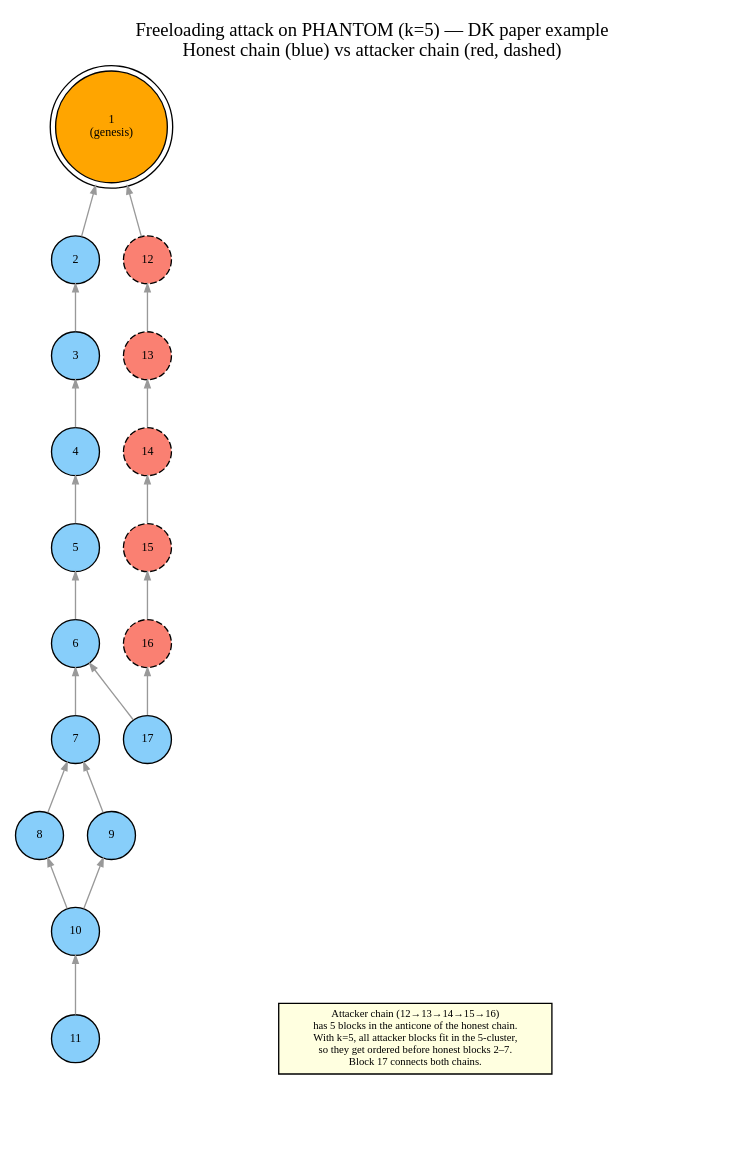
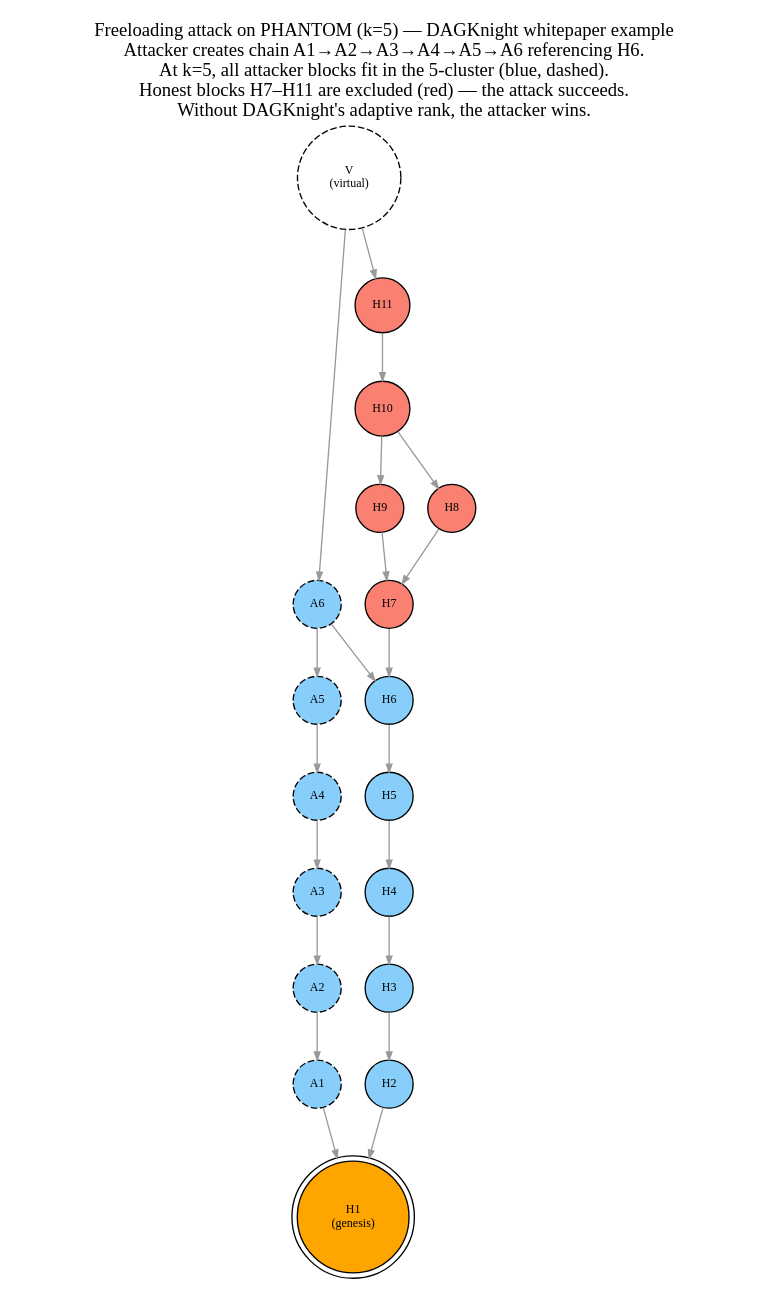
The diagram in dot/02-freeloading.dot (coderofstuff/dk-wiki), drawn with Graphviz before and after one commit. The commit also changed 4 other files, not shown here.

```diff
--- a/dot/02-freeloading.dot
+++ b/dot/02-freeloading.dot
@@ -1,58 +1,59 @@
 digraph freeloading_attack {
-    rankdir=BT;
+    rankdir=TB;
     node [shape=circle, style=filled, fontsize=9];
     edge [arrowsize=0.6, color=gray60];
 
-    label="Freeloading attack on PHANTOM (k=5) — DK paper example\nHonest chain (blue) vs attacker chain (red, dashed)";
+    label="Freeloading attack on PHANTOM (k=5) — DAGKnight whitepaper example\nAttacker creates chain A1→A2→A3→A4→A5→A6 referencing H6.\nAt k=5, all attacker blocks fit in the 5-cluster (blue, dashed).\nHonest blocks H7–H11 are excluded (red) — the attack succeeds.\nWithout DAGKnight's adaptive rank, the attacker wins.";
     labelloc=t;
 
-    GEN [label="1\n(genesis)", fillcolor=orange, shape=doublecircle];
+    GEN [label="H1\n(genesis)", fillcolor=orange, shape=doublecircle];
 
-    // Honest chain
-    H2 [label="2", fillcolor=lightskyblue];
-    H3 [label="3", fillcolor=lightskyblue];
-    H4 [label="4", fillcolor=lightskyblue];
-    H5 [label="5", fillcolor=lightskyblue];
-    H6 [label="6", fillcolor=lightskyblue];
-    H7 [label="7", fillcolor=lightskyblue];
-    H8 [label="8", fillcolor=lightskyblue];
-    H9 [label="9", fillcolor=lightskyblue];
-    H10 [label="10", fillcolor=lightskyblue];
-    H11 [label="11", fillcolor=lightskyblue];
+    // Honest blocks that survive (in the k=5 cluster)
+    H2 [label="H2", fillcolor=lightskyblue];
+    H3 [label="H3", fillcolor=lightskyblue];
+    H4 [label="H4", fillcolor=lightskyblue];
+    H5 [label="H5", fillcolor=lightskyblue];
+    H6 [label="H6", fillcolor=lightskyblue];
 
-    // Attacker chain
-    A12 [label="12", fillcolor=salmon, style="filled,dashed"];
-    A13 [label="13", fillcolor=salmon, style="filled,dashed"];
-    A14 [label="14", fillcolor=salmon, style="filled,dashed"];
-    A15 [label="15", fillcolor=salmon, style="filled,dashed"];
-    A16 [label="16", fillcolor=salmon, style="filled,dashed"];
+    // Attacker blocks — BLUE because k=5 includes them in the cluster
+    A1 [label="A1", fillcolor=lightskyblue, style="filled,dashed"];
+    A2 [label="A2", fillcolor=lightskyblue, style="filled,dashed"];
+    A3 [label="A3", fillcolor=lightskyblue, style="filled,dashed"];
+    A4 [label="A4", fillcolor=lightskyblue, style="filled,dashed"];
+    A5 [label="A5", fillcolor=lightskyblue, style="filled,dashed"];
 
-    // Connection block
-    H17 [label="17", fillcolor=lightskyblue];
+    // Attacker block A6 connects both chains — BLUE (cluster member)
+    A6 [label="A6", fillcolor=lightskyblue, style="filled,dashed"];
+
+    // Honest blocks excluded by the attack — RED
+    H7 [label="H7", fillcolor=salmon];
+    H8 [label="H8", fillcolor=salmon];
+    H9 [label="H9", fillcolor=salmon];
+    H10 [label="H10", fillcolor=salmon];
+    H11 [label="H11", fillcolor=salmon];
+
+    // Virtual block
+    V [label="V\n(virtual)", fillcolor=none, style="dashed", shape=circle];
 
     // Edges point backwards (newer → older)
-    H17 -> H6;
-    H17 -> A16;
+    V -> H11;
+    V -> A6;
+    A6 -> H6;
+    A6 -> A5;
     H11 -> H10;
     H10 -> H8;
     H10 -> H9;
     H8 -> H7;
     H9 -> H7;
     H7 -> H6;
     H6 -> H5;
     H5 -> H4;
     H4 -> H3;
     H3 -> H2;
     H2 -> GEN;
-    A16 -> A15;
-    A15 -> A14;
-    A14 -> A13;
-    A13 -> A12;
-    A12 -> GEN;
-
-    // Annotation
-    subgraph cluster_annotation {
-        style=invis;
-        NOTE [label="Attacker chain (12→13→14→15→16)\nhas 5 blocks in the anticone of the honest chain.\nWith k=5, all attacker blocks fit in the 5-cluster,\nso they get ordered before honest blocks 2–7.\nBlock 17 connects both chains.", shape=box, style=filled, fillcolor=lightyellow, fontsize=8];
-    }
+    A5 -> A4;
+    A4 -> A3;
+    A3 -> A2;
+    A2 -> A1;
+    A1 -> GEN;
 }
```
